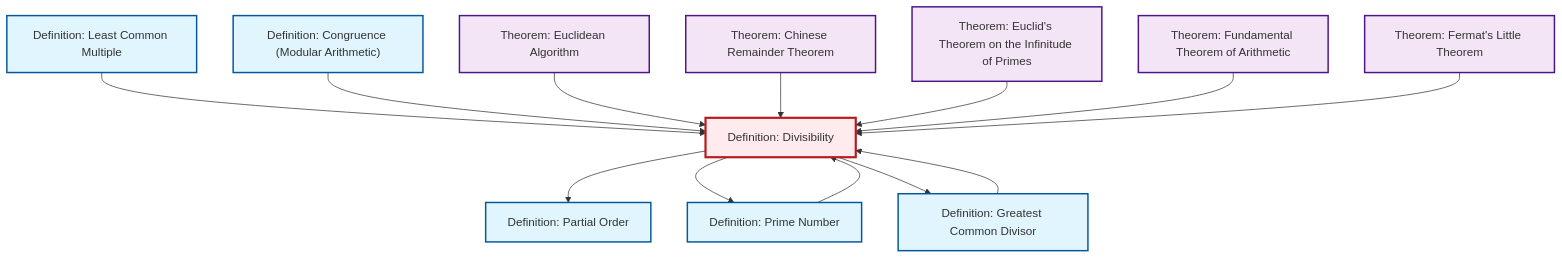
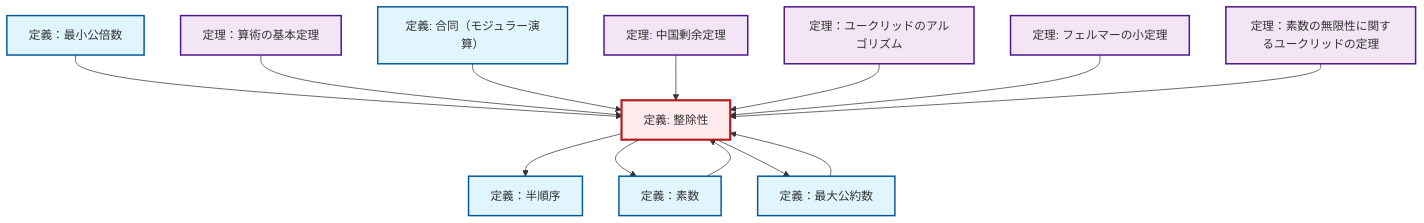
The diagram in content/ja/number-theory/def-divisibility.qmd (RK0429/ModernMath), drawn with Mermaid before and after one commit. The commit also changed 1069 other files, not shown here.

````diff
--- a/content/ja/number-theory/def-divisibility.qmd
+++ b/content/ja/number-theory/def-divisibility.qmd
@@ -98,43 +98,43 @@
 ```{mermaid}
 %%| fig-cap: "Local dependency graph"
 graph TD
     classDef definition fill:#e1f5fe,stroke:#01579b,stroke-width:2px
     classDef theorem fill:#f3e5f5,stroke:#4a148c,stroke-width:2px
     classDef axiom fill:#fff3e0,stroke:#e65100,stroke-width:2px
     classDef example fill:#e8f5e9,stroke:#1b5e20,stroke-width:2px
     classDef current fill:#ffebee,stroke:#b71c1c,stroke-width:3px
-    thm-chinese-remainder["Theorem: Chinese Remainder Theorem"]:::theorem
-    thm-fermat-little["Theorem: Fermat's Little Theorem"]:::theorem
-    thm-euclidean-algorithm["Theorem: Euclidean Algorithm"]:::theorem
-    def-gcd["Definition: Greatest Common Divisor"]:::definition
-    def-divisibility["Definition: Divisibility"]:::definition
-    thm-fundamental-arithmetic["Theorem: Fundamental Theorem of Arithmetic"]:::theorem
-    thm-euclid-infinitude-primes["Theorem: Euclid's Theorem on the Infinitude of Primes"]:::theorem
-    def-lcm["Definition: Least Common Multiple"]:::definition
-    def-partial-order["Definition: Partial Order"]:::definition
-    def-prime["Definition: Prime Number"]:::definition
-    def-congruence["Definition: Congruence (Modular Arithmetic)"]:::definition
+    def-congruence["定義: 合同（モジュラー演算）"]:::definition
+    def-divisibility["定義: 整除性"]:::definition
+    thm-euclid-infinitude-primes["定理：素数の無限性に関するユークリッドの定理"]:::theorem
+    thm-fundamental-arithmetic["定理：算術の基本定理"]:::theorem
+    thm-euclidean-algorithm["定理：ユークリッドのアルゴリズム"]:::theorem
+    thm-chinese-remainder["定理: 中国剰余定理"]:::theorem
+    thm-fermat-little["定理: フェルマーの小定理"]:::theorem
+    def-partial-order["定義：半順序"]:::definition
+    def-gcd["定義：最大公約数"]:::definition
+    def-lcm["定義：最小公倍数"]:::definition
+    def-prime["定義：素数"]:::definition
+    def-lcm --> def-divisibility
+    def-divisibility --> def-partial-order
+    thm-fundamental-arithmetic --> def-divisibility
+    def-divisibility --> def-prime
+    def-congruence --> def-divisibility
+    thm-chinese-remainder --> def-divisibility
+    thm-euclidean-algorithm --> def-divisibility
     def-gcd --> def-divisibility
-    def-divisibility --> def-partial-order
-    def-lcm --> def-divisibility
-    def-congruence --> def-divisibility
-    thm-euclidean-algorithm --> def-divisibility
+    thm-fermat-little --> def-divisibility
     def-prime --> def-divisibility
-    def-divisibility --> def-prime
-    thm-chinese-remainder --> def-divisibility
     thm-euclid-infinitude-primes --> def-divisibility
-    thm-fundamental-arithmetic --> def-divisibility
-    thm-fermat-little --> def-divisibility
     def-divisibility --> def-gcd
     class def-divisibility current
-    click thm-chinese-remainder "thm-chinese-remainder.html" "Theorem: Chinese Remainder Theoremへ"
-    click thm-fermat-little "thm-fermat-little.html" "Theorem: Fermat's Little Theoremへ"
-    click thm-euclidean-algorithm "thm-euclidean-algorithm.html" "Theorem: Euclidean Algorithmへ"
-    click def-gcd "def-gcd.html" "Definition: Greatest Common Divisorへ"
-    click thm-fundamental-arithmetic "thm-fundamental-arithmetic.html" "Theorem: Fundamental Theorem of Arithmeticへ"
-    click thm-euclid-infinitude-primes "thm-euclid-infinitude-primes.html" "Theorem: Euclid's Theorem on the Infinitude of Primesへ"
-    click def-lcm "def-lcm.html" "Definition: Least Common Multipleへ"
-    click def-partial-order "def-partial-order.html" "Definition: Partial Orderへ"
-    click def-prime "def-prime.html" "Definition: Prime Numberへ"
-    click def-congruence "def-congruence.html" "Definition: Congruence (Modular Arithmetic)へ"
+    click def-congruence "def-congruence.html" "合同（モジュラー演算）の定義へ"
+    click thm-euclid-infinitude-primes "thm-euclid-infinitude-primes.html" "定理：素数の無限性に関するユークリッドの定理へ"
+    click thm-fundamental-arithmetic "thm-fundamental-arithmetic.html" "定理：算術の基本定理へ"
+    click thm-euclidean-algorithm "thm-euclidean-algorithm.html" "定理：ユークリッドのアルゴリズムへ"
+    click thm-chinese-remainder "thm-chinese-remainder.html" "中国剰余定理の定理へ"
+    click thm-fermat-little "thm-fermat-little.html" "フェルマーの小定理の定理へ"
+    click def-partial-order "def-partial-order.html" "定義：半順序へ"
+    click def-gcd "def-gcd.html" "定義：最大公約数へ"
+    click def-lcm "def-lcm.html" "定義：最小公倍数へ"
+    click def-prime "def-prime.html" "定義：素数へ"
 ```
````
